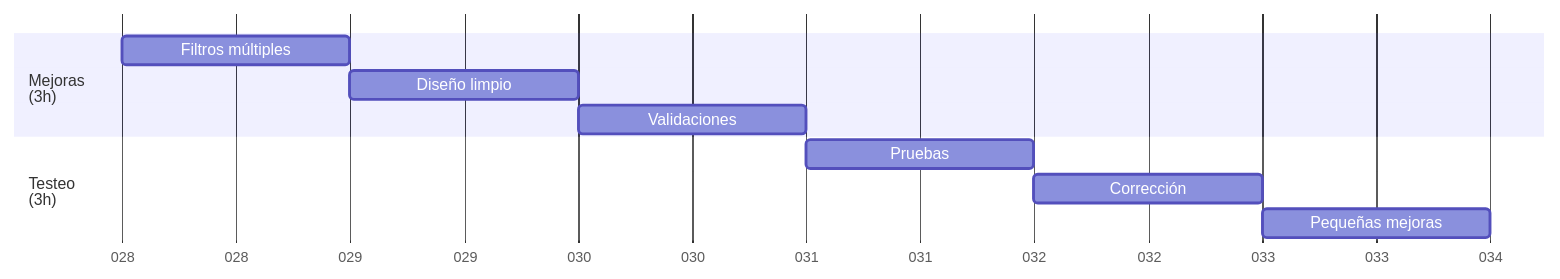
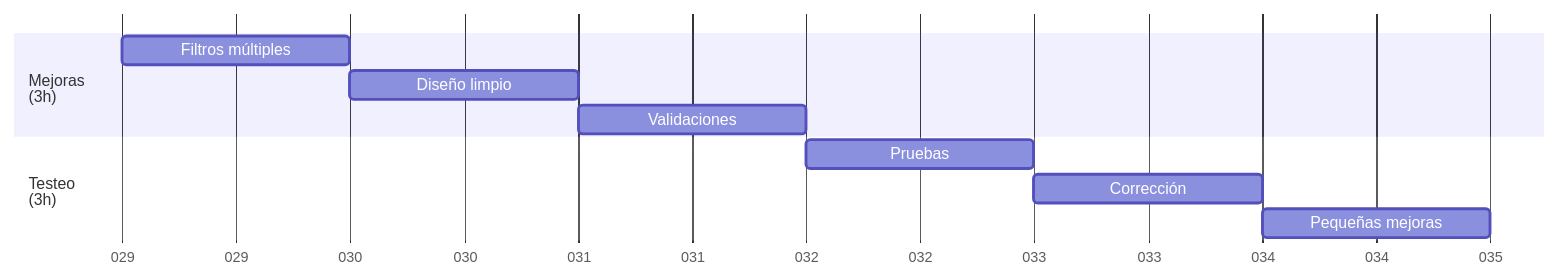
Before and after one commit to Covija97/BadenTracker: the fourth of 5 diagrams in .info/roadmap.md, drawn with Mermaid. The commit also changed other lines of this file, not shown here.

Commit message:
Update roadmap.md to adjust task durations and improve scheduling accuracy

````diff
--- a/.info/roadmap.md
+++ b/.info/roadmap.md
@@ -61,15 +61,15 @@
 ```mermaid
 gantt
     dateFormat  DDD
     axisFormat %j
 
     section Mejoras<br>(3h)
-    Filtros múltiples           : 01-28, 1d
-    Diseño limpio               : 01-29, 1d
-    Validaciones                : 01-30, 1d
+    Filtros múltiples           : 01-29, 1d
+    Diseño limpio               : 01-30, 1d
+    Validaciones                : 01-31, 1d
 
     section Testeo<br>(3h)
-    Pruebas                     : 01-31, 1d
-    Corrección                  : 02-01, 1d
-    Pequeñas mejoras            : 02-02, 1d
+    Pruebas                     : 02-01, 1d
+    Corrección                  : 02-02, 1d
+    Pequeñas mejoras            : 02-03, 1d
 ```
````
